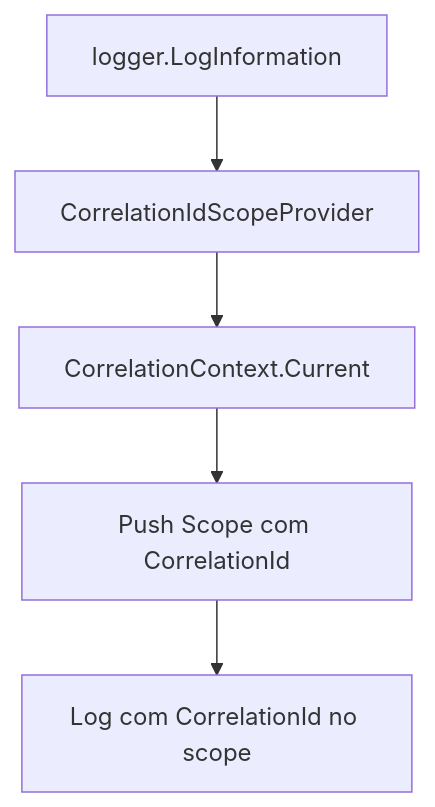
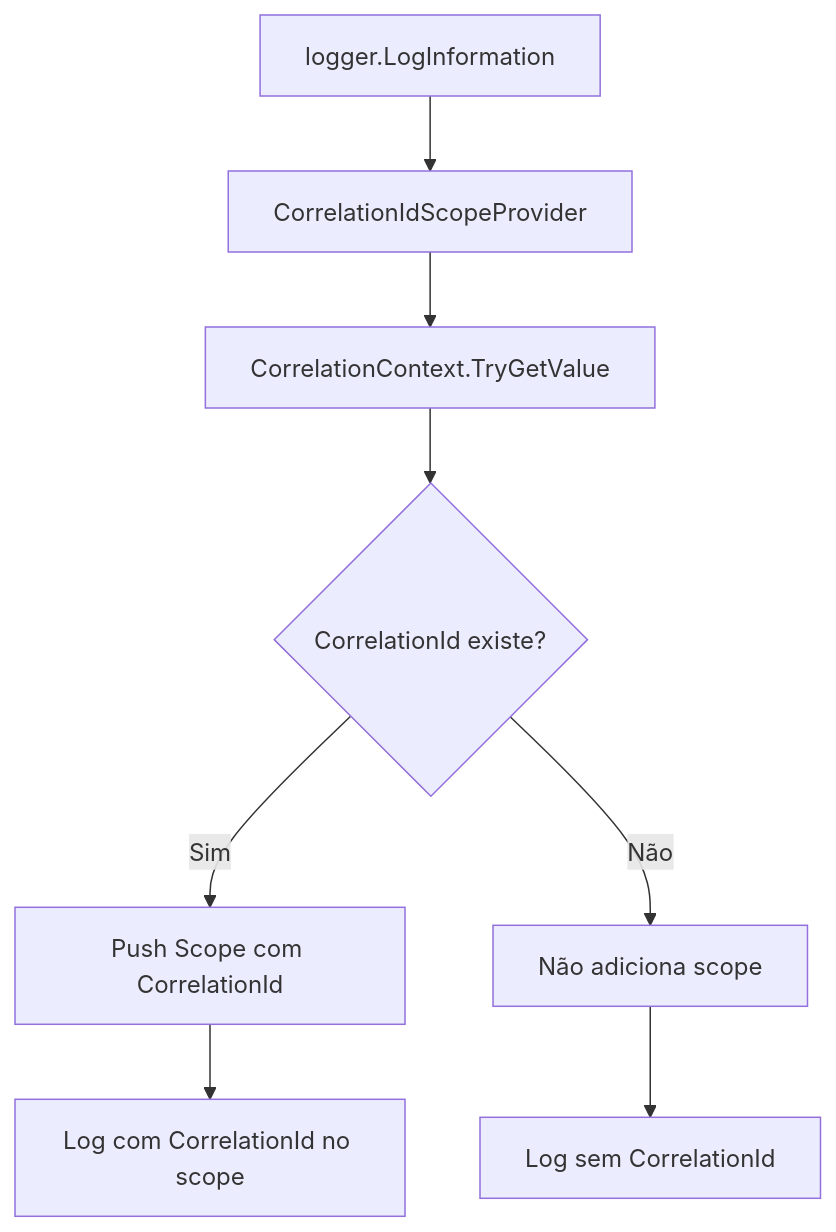
One commit to whitebeardit/traceability changed the seventh of 7 diagrams in AGENTS.md. Above: the diagram before and after it, drawn with Mermaid. The commit also changed other lines of this file and 1 other file, not shown here.

````diff
--- a/AGENTS.md
+++ b/AGENTS.md
@@ -864,7 +924,10 @@
 ```mermaid
 graph TD
     A[logger.LogInformation] --> B[CorrelationIdScopeProvider]
-    B --> C[CorrelationContext.Current]
-    C --> D[Push Scope com CorrelationId]
-    D --> E[Log com CorrelationId no scope]
+    B --> C[CorrelationContext.TryGetValue]
+    C --> D{CorrelationId existe?}
+    D -->|Sim| E[Push Scope com CorrelationId]
+    D -->|Não| F[Não adiciona scope]
+    E --> G[Log com CorrelationId no scope]
+    F --> H[Log sem CorrelationId]
 ```
````
